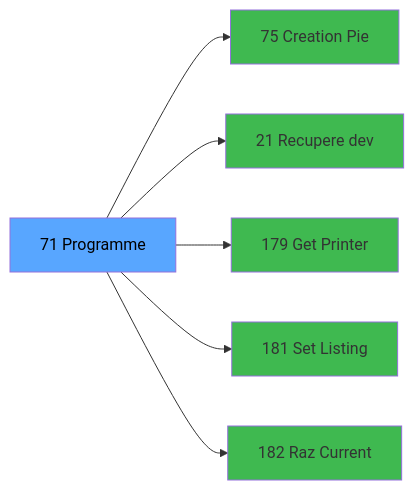
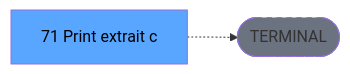
The third of 3 diagrams in .openspec/renders/ADH-IDE-71.md (thonyAGP/lecteur-magic), drawn with Mermaid before and after one commit. The commit also changed other lines of this file and 701 other files, not shown here.

````diff
--- a/.openspec/renders/ADH-IDE-71.md
+++ b/.openspec/renders/ADH-IDE-71.md
@@ -161,20 +141,8 @@
 ```mermaid
 graph LR
-    T[71 Programme]
-    C75[75 Creation Pie]
-    T --> C75
-    C21[21 Recupere dev]
-    T --> C21
-    C179[179 Get Printer]
-    T --> C179
-    C181[181 Set Listing ]
-    T --> C181
-    C182[182 Raz Current ]
-    T --> C182
+    T[71 Print extrait c]
+    TERM([TERMINAL])
+    T -.-> TERM
+    style TERM fill:#6b7280,stroke-dasharray: 5 5
     style T fill:#58a6ff,color:#000
-    style C75 fill:#3fb950
-    style C21 fill:#3fb950
-    style C179 fill:#3fb950
-    style C181 fill:#3fb950
-    style C182 fill:#3fb950
 ```
````
